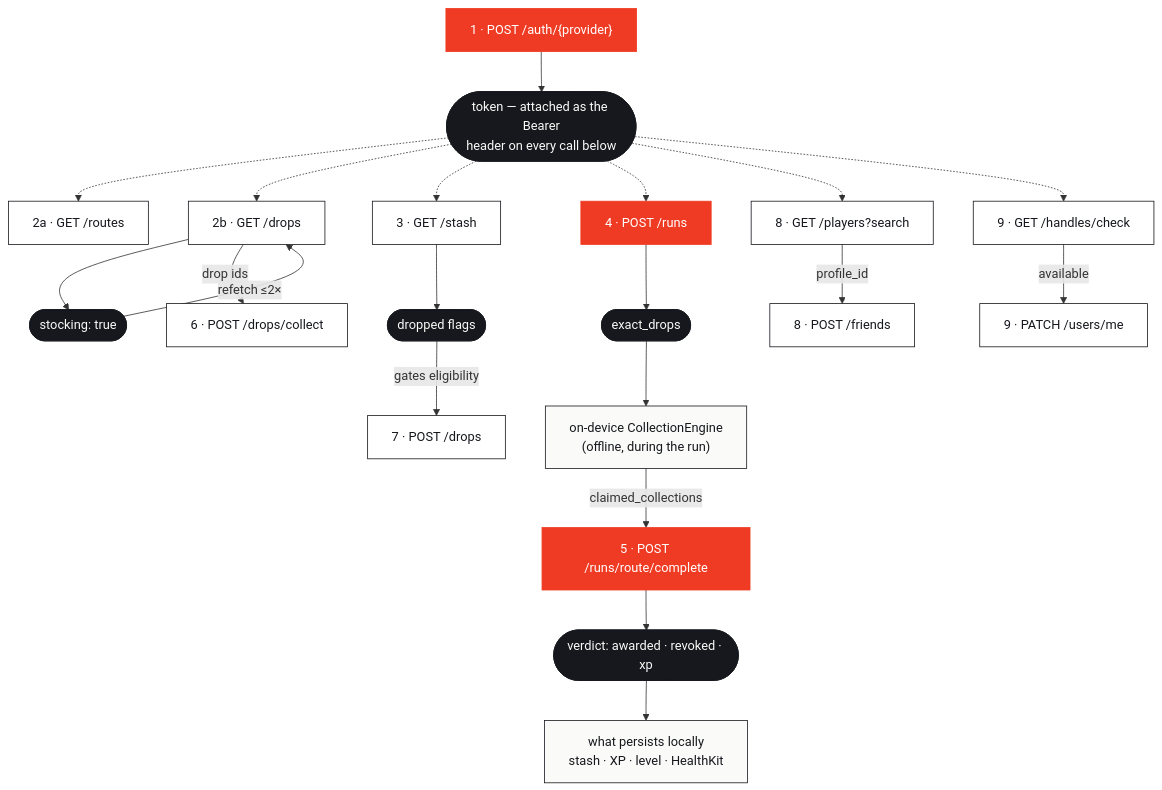
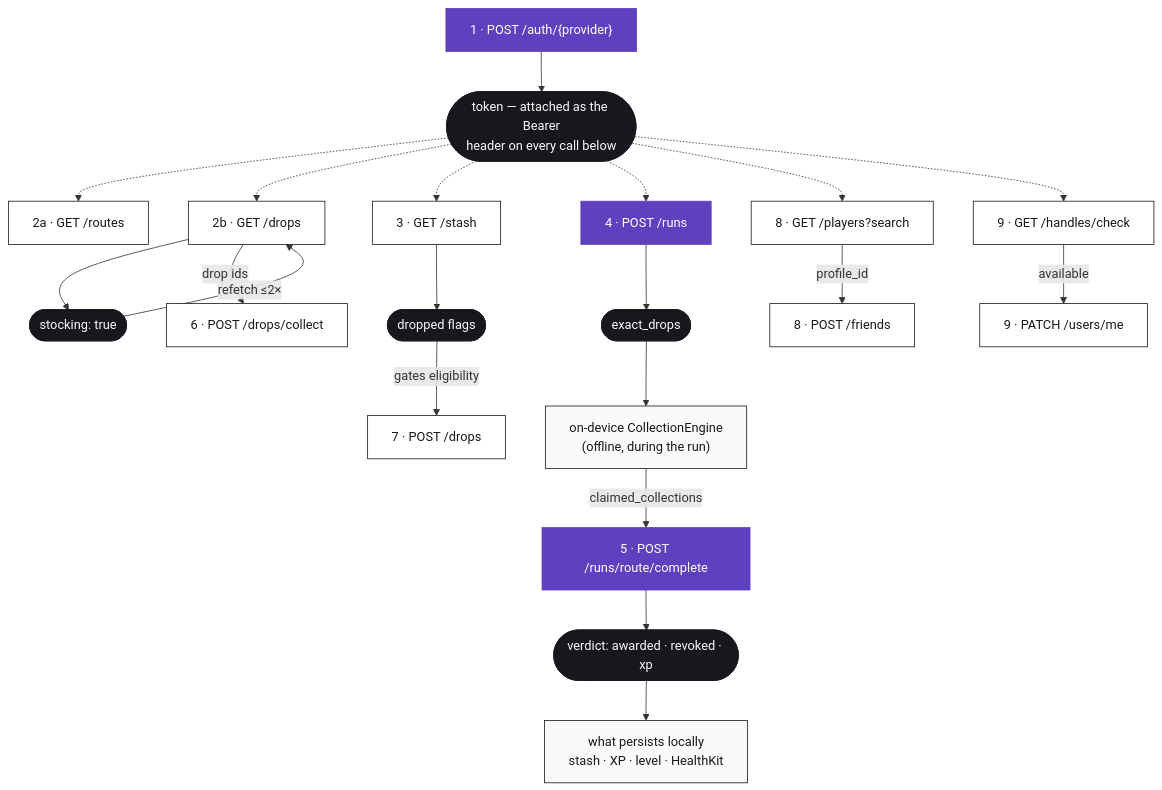
The second of 2 diagrams in docs/17-wire-trace.md (Ifthikar20/project-gr), drawn with Mermaid before and after one commit. The commit also changed other lines of this file and 9 other files, not shown here.

````diff
--- a/docs/17-wire-trace.md
+++ b/docs/17-wire-trace.md
@@ -634,36 +634,36 @@
 ```mermaid
 flowchart TB
     AUTH["1 · POST /auth/{provider}"]:::pulse
     TOKEN(["token — attached as the Bearer<br/>header on every call below"]):::ink
     ROUTES["2a · GET /routes"]:::card
     DROPS["2b · GET /drops"]:::card
     STOCK(["stocking: true"]):::ink
     STASH["3 · GET /stash"]:::card
     DROPPED(["dropped flags"]):::ink
     START["4 · POST /runs"]:::pulse
     EXACT(["exact_drops"]):::ink
     ENGINE["on-device CollectionEngine<br/>(offline, during the run)"]:::snow
     COMPLETE["5 · POST /runs/route/complete"]:::pulse
     VERDICT(["verdict: awarded · revoked · xp"]):::ink
     LOCAL["what persists locally<br/>stash · XP · level · HealthKit"]:::snow
     COLLECT["6 · POST /drops/collect"]:::card
     GIVE["7 · POST /drops"]:::card
     SEARCH["8 · GET /players?search"]:::card
     ADD["8 · POST /friends"]:::card
     CHECK["9 · GET /handles/check"]:::card
     PATCHME["9 · PATCH /users/me"]:::card
 
     AUTH --> TOKEN
     TOKEN -.-> ROUTES & DROPS & STASH & START & SEARCH & CHECK
     DROPS --> STOCK -->|"refetch ≤2×"| DROPS
     DROPS -->|"drop ids"| COLLECT
     STASH --> DROPPED -->|"gates eligibility"| GIVE
     START --> EXACT --> ENGINE -->|"claimed_collections"| COMPLETE
     COMPLETE --> VERDICT --> LOCAL
     SEARCH -->|"profile_id"| ADD
     CHECK -->|"available"| PATCHME
-    classDef pulse fill:#EF3B23,stroke:#EF3B23,color:#FFFFFF
+    classDef pulse fill:#5F40BF,stroke:#5F40BF,color:#FFFFFF
     classDef card fill:#FFFFFF,stroke:#16181D,color:#16181D
     classDef ink fill:#16181D,stroke:#16181D,color:#FAFAF8
     classDef snow fill:#FAFAF8,stroke:#16181D,color:#16181D
 ```
````
